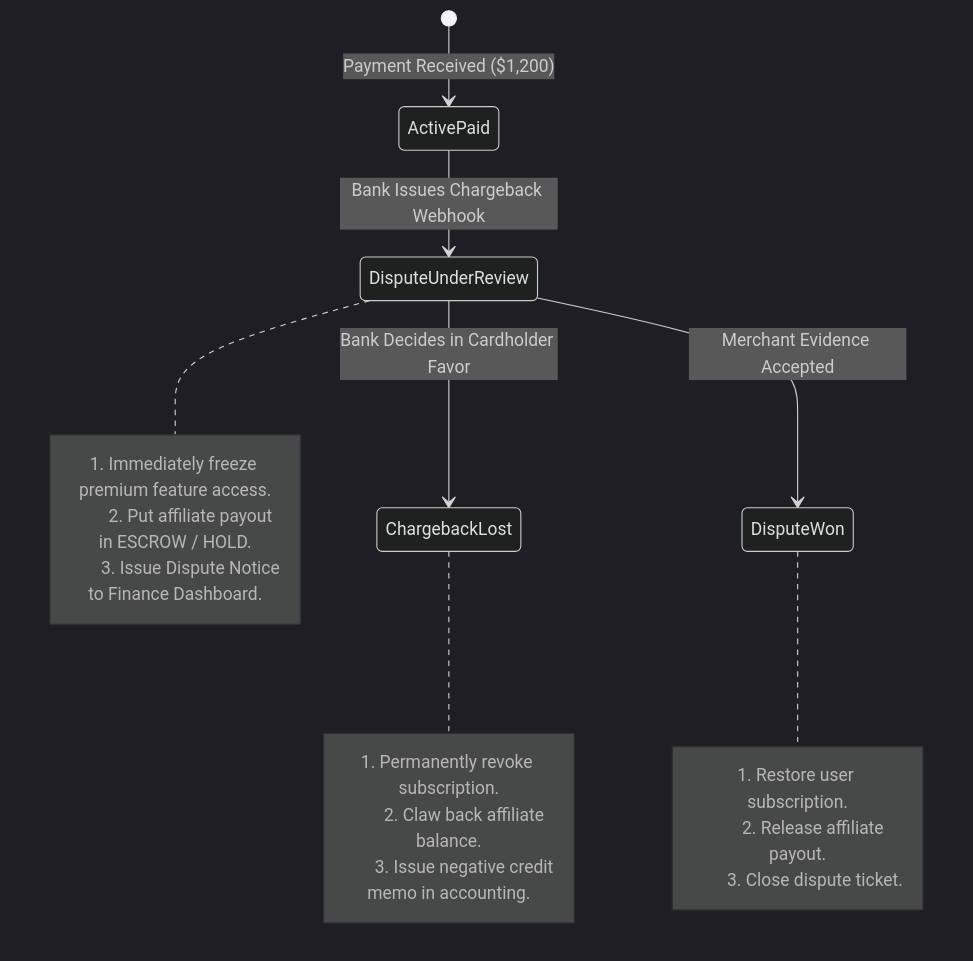
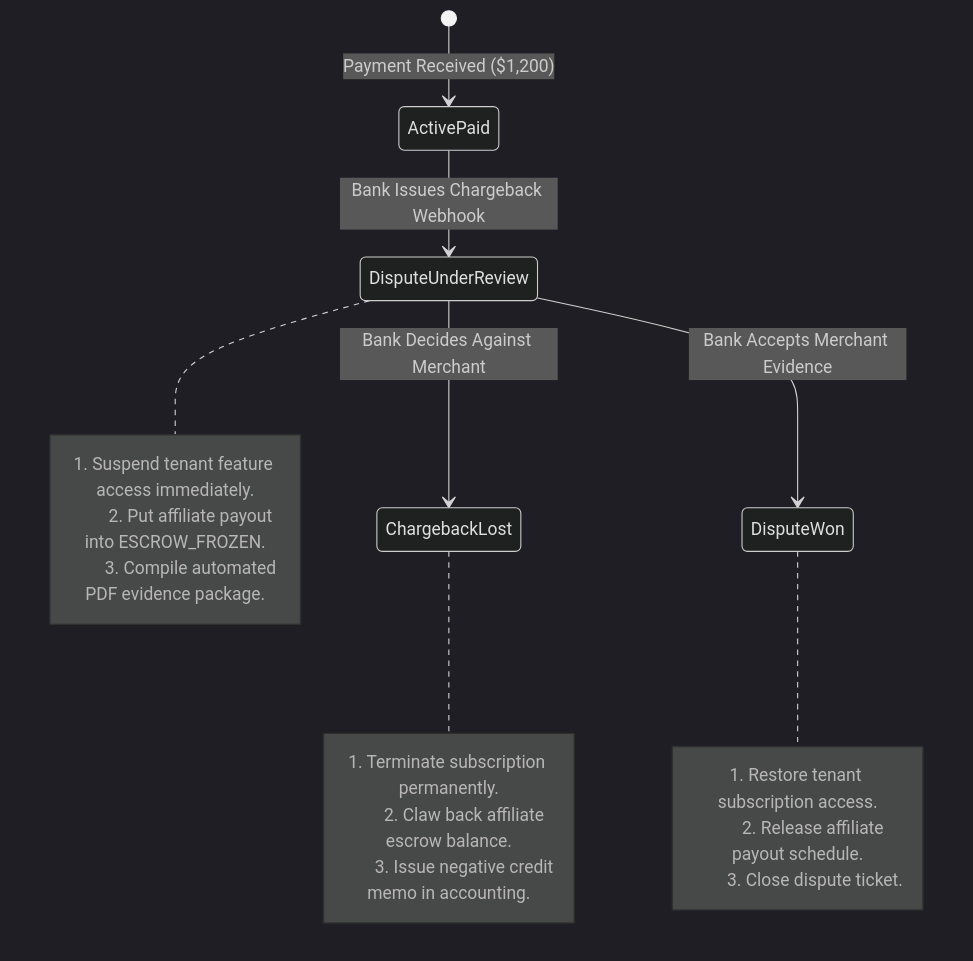
One commit to reviveproject4-source/OpenBSA changed the diagram in 06-edge-cases-and-anti-failure/06-chargebacks-refunds-and-dispute-cascades.md. Above: the diagram before and after it, drawn with Mermaid (dark theme). The commit also changed other lines of this file and 18 other files, not shown here.

````diff
--- a/06-edge-cases-and-anti-failure/06-chargebacks-refunds-and-dispute-cascades.md
+++ b/06-edge-cases-and-anti-failure/06-chargebacks-refunds-and-dispute-cascades.md
@@ -19,25 +29,25 @@
 ```mermaid
 stateDiagram-v2
     [*] --> ActivePaid: Payment Received ($1,200)
     
     ActivePaid --> DisputeUnderReview: Bank Issues Chargeback Webhook
     note right of DisputeUnderReview
-        1. Immediately freeze premium feature access.
-        2. Put affiliate payout in ESCROW / HOLD.
-        3. Issue Dispute Notice to Finance Dashboard.
+        1. Suspend tenant feature access immediately.
+        2. Put affiliate payout into ESCROW_FROZEN.
+        3. Compile automated PDF evidence package.
     end note
 
-    DisputeUnderReview --> ChargebackLost: Bank Decides in Cardholder Favor
+    DisputeUnderReview --> ChargebackLost: Bank Decides Against Merchant
     note right of ChargebackLost
-        1. Permanently revoke subscription.
-        2. Claw back affiliate balance.
+        1. Terminate subscription permanently.
+        2. Claw back affiliate escrow balance.
         3. Issue negative credit memo in accounting.
     end note
 
-    DisputeUnderReview --> DisputeWon: Merchant Evidence Accepted
+    DisputeUnderReview --> DisputeWon: Bank Accepts Merchant Evidence
     note right of DisputeWon
-        1. Restore user subscription.
-        2. Release affiliate payout.
+        1. Restore tenant subscription access.
+        2. Release affiliate payout schedule.
         3. Close dispute ticket.
     end note
 ```
````
